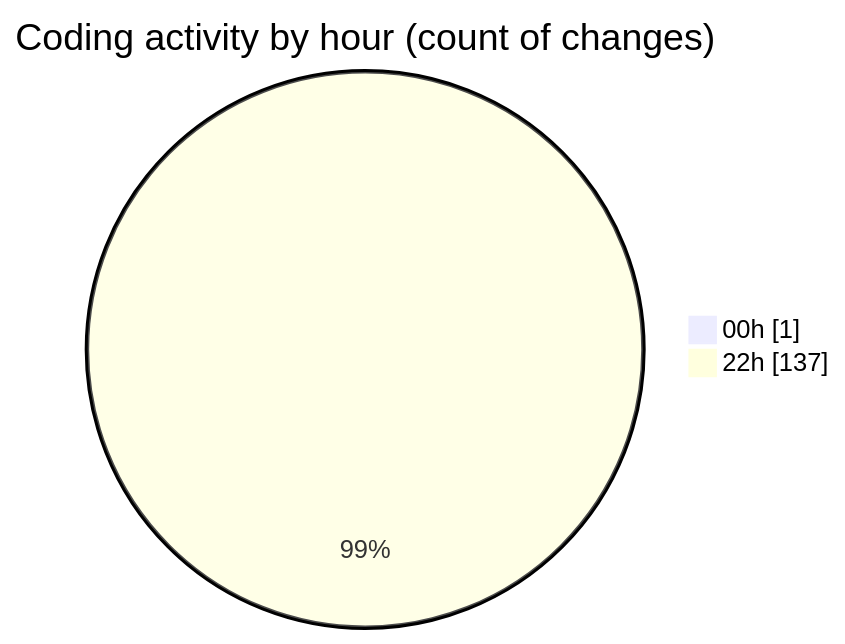
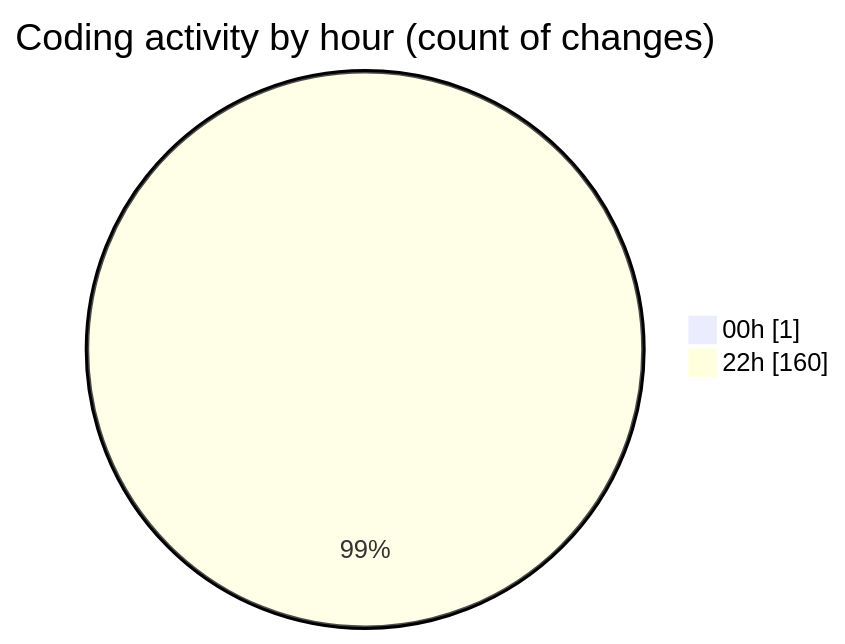
The second of 2 diagrams in 2025-08-04/javascript/README.md (Ritupan-Deka/code-tracking), drawn with Mermaid before and after one commit. The commit also changed other lines of this file and 1 other file, not shown here.

````diff
--- a/2025-08-04/javascript/README.md
+++ b/2025-08-04/javascript/README.md
@@ -28,6 +28,6 @@
 ```mermaid
 pie showData
 title Coding activity by hour (count of changes)
 "00h" : 1
-"22h" : 137
+"22h" : 160
 ```
````
